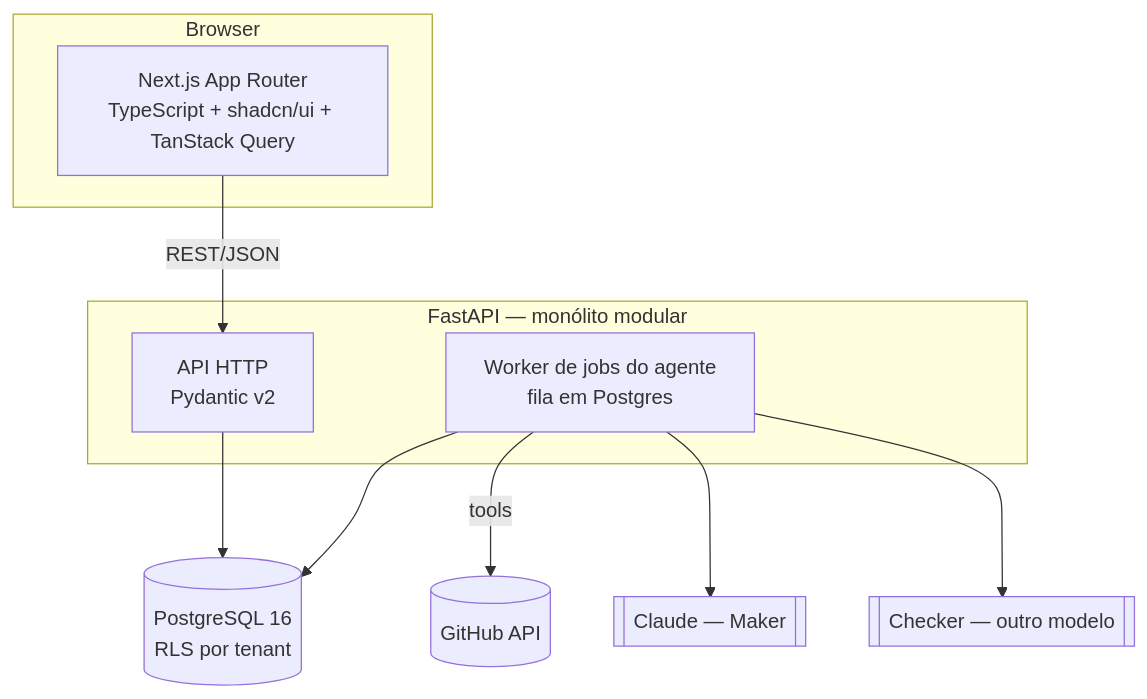
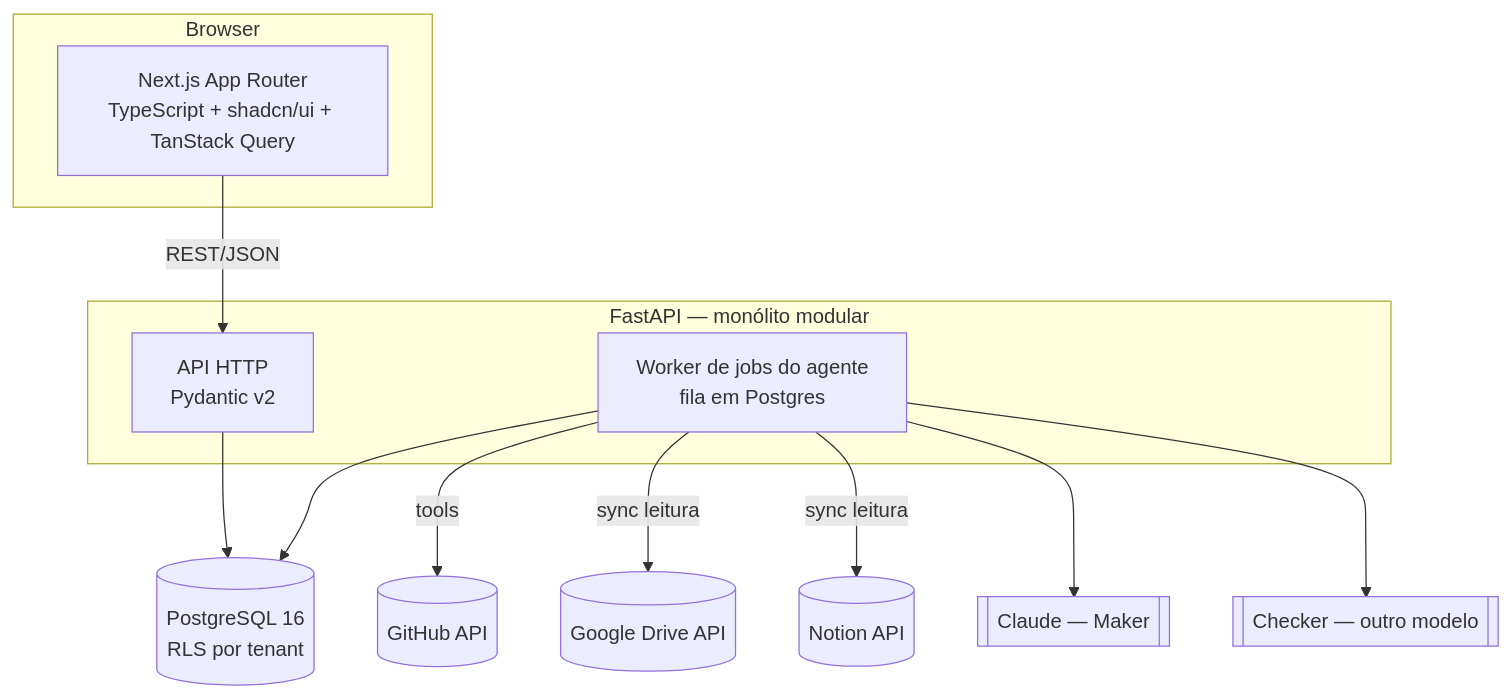
One commit to basho-team/Basho changed the second of 4 diagrams in docs/architecture.md. Above: the diagram before and after it, drawn with Mermaid. The commit also changed other lines of this file and 28 other files, not shown here.

````diff
--- a/docs/architecture.md
+++ b/docs/architecture.md
@@ -43,17 +47,19 @@
 ```mermaid
 flowchart TB
     subgraph Browser
       web[Next.js App Router<br/>TypeScript + shadcn/ui + TanStack Query]
     end
     subgraph Backend [FastAPI — monólito modular]
       api[API HTTP<br/>Pydantic v2]
       worker[Worker de jobs do agente<br/>fila em Postgres]
     end
     db[(PostgreSQL 16<br/>RLS por tenant)]
     web -- REST/JSON --> api
     api --> db
     worker --> db
     worker -- tools --> gh[(GitHub API)]
+    worker -- sync leitura --> gd[(Google Drive API)]
+    worker -- sync leitura --> nt[(Notion API)]
     worker --> maker[[Claude — Maker]]
     worker --> checker[[Checker — outro modelo]]
 ```
````
